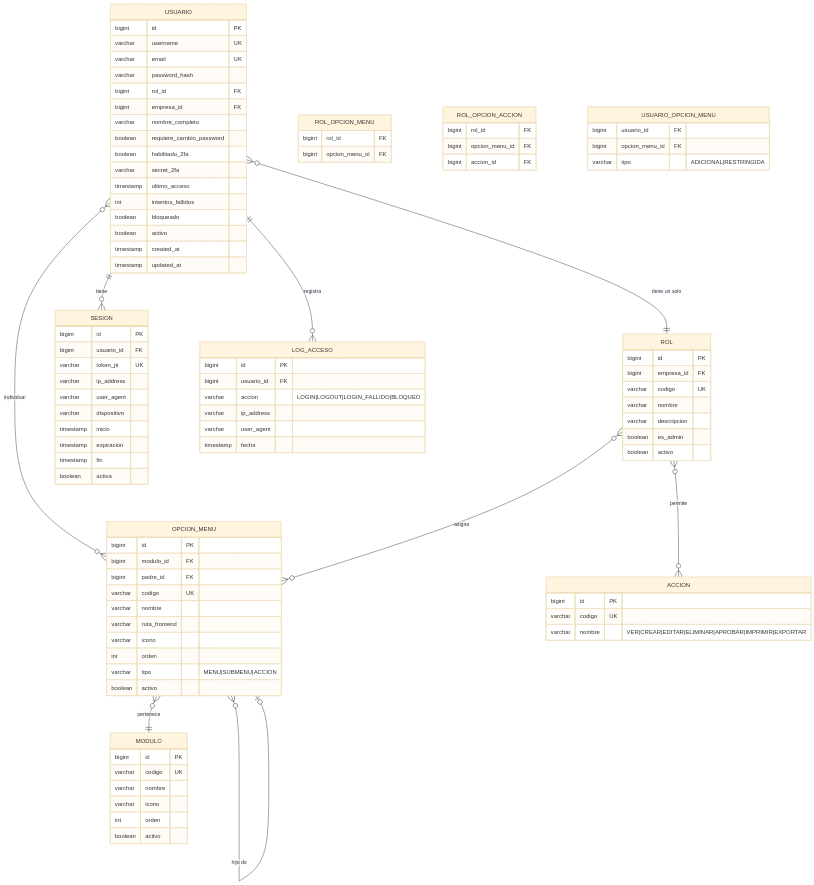
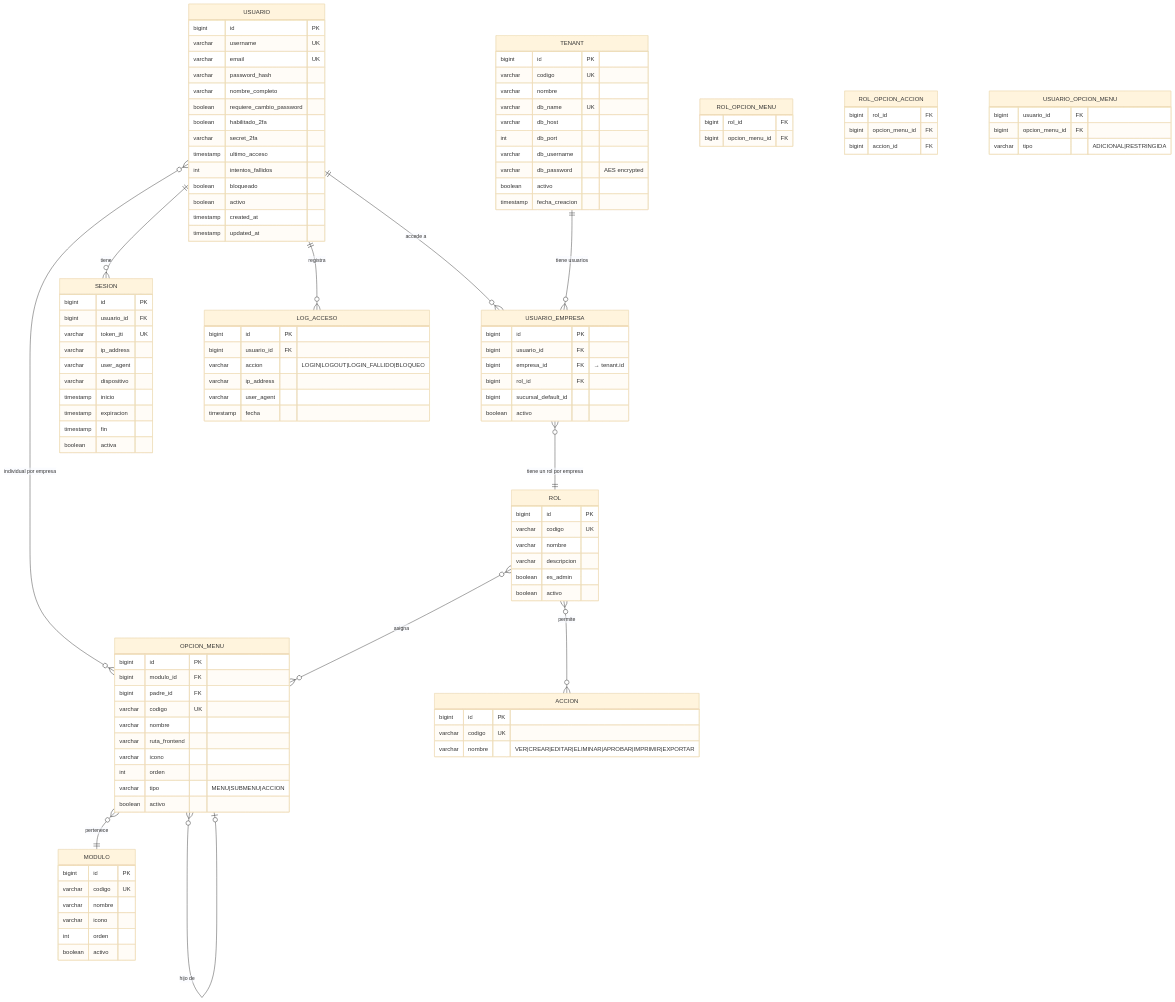
One commit to jramirezch1978/sigre_web changed diagram 19 of 52 in restaurante.pe/ARQUITECTURA_RESTAURANT_PE.md. Above: the diagram before and after it, drawn with Mermaid (base theme). The commit also changed other lines of this file and 1 other file, not shown here.

Commit message:
fix: Eliminar empresa_id de tablas de negocio en ER diagrams y maestros - consistencia Database-per-Tenant entre roadmap y arquitectura

````diff
--- a/restaurante.pe/ARQUITECTURA_RESTAURANT_PE.md
+++ b/restaurante.pe/ARQUITECTURA_RESTAURANT_PE.md
@@ -3943,12 +3946,22 @@
 ```mermaid
 erDiagram
+    TENANT {
+        bigint id PK
+        varchar codigo UK
+        varchar nombre
+        varchar db_name UK
+        varchar db_host
+        int db_port
+        varchar db_username
+        varchar db_password "AES encrypted"
+        boolean activo
+        timestamp fecha_creacion
+    }
     USUARIO {
         bigint id PK
         varchar username UK
         varchar email UK
         varchar password_hash
-        bigint rol_id FK
-        bigint empresa_id FK
         varchar nombre_completo
         boolean requiere_cambio_password
         boolean habilitado_2fa
@@ -3960,9 +3973,16 @@
         timestamp created_at
         timestamp updated_at
     }
+    USUARIO_EMPRESA {
+        bigint id PK
+        bigint usuario_id FK
+        bigint empresa_id FK "→ tenant.id"
+        bigint rol_id FK
+        bigint sucursal_default_id
+        boolean activo
+    }
     ROL {
         bigint id PK
-        bigint empresa_id FK
         varchar codigo UK
         varchar nombre
         varchar descripcion
@@ -4028,10 +4048,12 @@
         varchar user_agent
         timestamp fecha
     }
-    USUARIO }o--|| ROL : "tiene un solo"
+    USUARIO ||--o{ USUARIO_EMPRESA : "accede a"
+    TENANT ||--o{ USUARIO_EMPRESA : "tiene usuarios"
+    USUARIO_EMPRESA }o--|| ROL : "tiene un rol por empresa"
     USUARIO ||--o{ SESION : "tiene"
     USUARIO ||--o{ LOG_ACCESO : "registra"
-    USUARIO }o--o{ OPCION_MENU : "individual"
+    USUARIO }o--o{ OPCION_MENU : "individual por empresa"
     ROL }o--o{ OPCION_MENU : "asigna"
     ROL }o--o{ ACCION : "permite"
     OPCION_MENU }o--|| MODULO : "pertenece"
````
